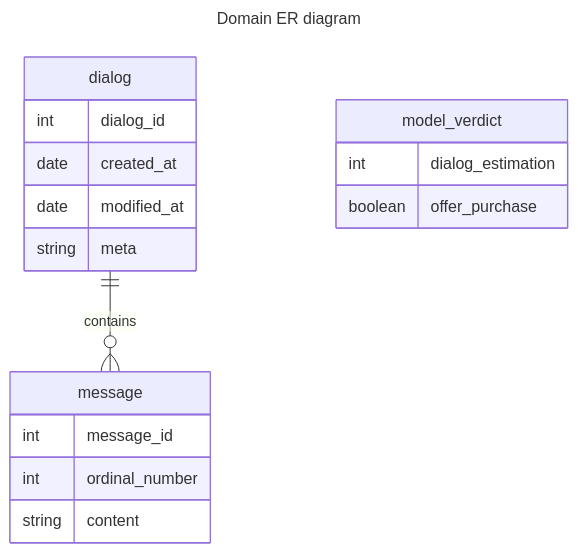
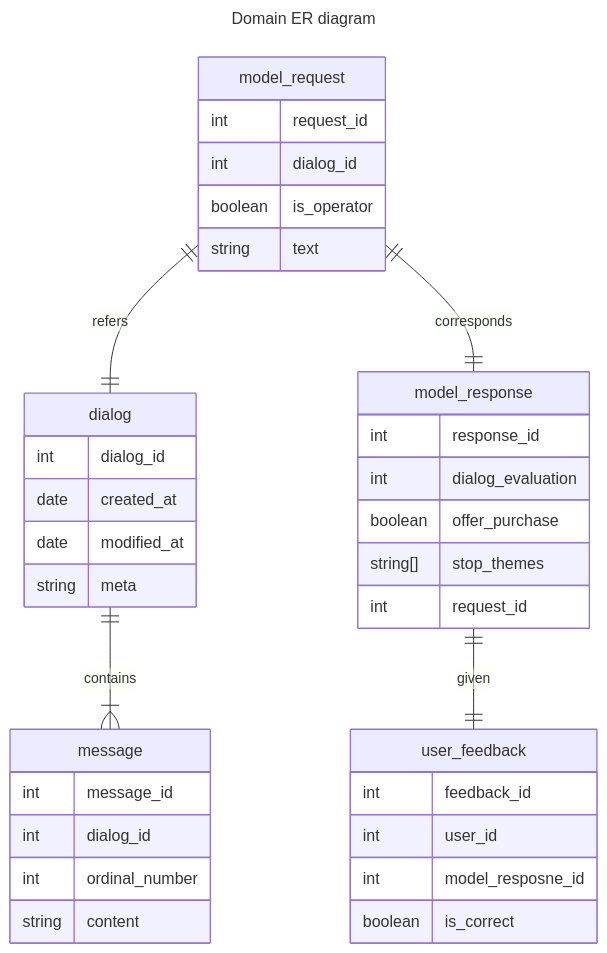
The second of 2 diagrams in README.md (banzai-team/marketing_bot), drawn with Mermaid before and after one commit.

Commit message:
update er diagram

````diff
--- a/README.md
+++ b/README.md
@@ -55,27 +55,47 @@
 ```mermaid
 ---
 title: Domain ER diagram 
 ---
 erDiagram
 
 dialog {
     int dialog_id
     date created_at
     date modified_at
     string meta
 }
 
 message {
     int message_id
+    int dialog_id
     int ordinal_number
     string content
 }
 
-model_verdict {
-    int dialog_estimation
-    boolean offer_purchase
+user_feedback {
+    int feedback_id
+    int user_id
+    int model_resposne_id
+    boolean is_correct
 }
 
-dialog ||--o{ message: contains
+model_request {
+    int request_id
+    int dialog_id
+    boolean is_operator
+    string text
+}
 
+model_response {
+    int response_id
+    int dialog_evaluation
+    boolean offer_purchase
+    string[] stop_themes
+    int request_id
+}
+
+dialog ||--|{ message: contains
+model_response ||--|| user_feedback: given
+model_request ||--|| dialog: refers
+model_request ||--|| model_response: corresponds
 ```
````
